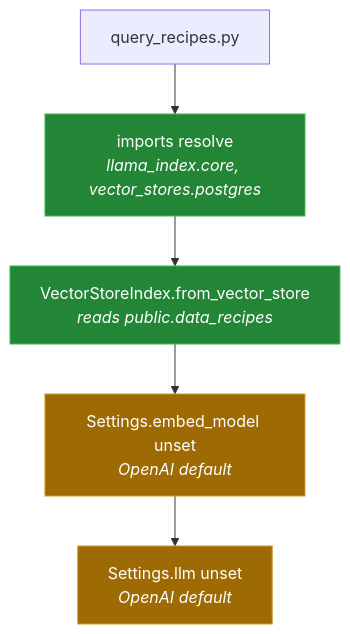
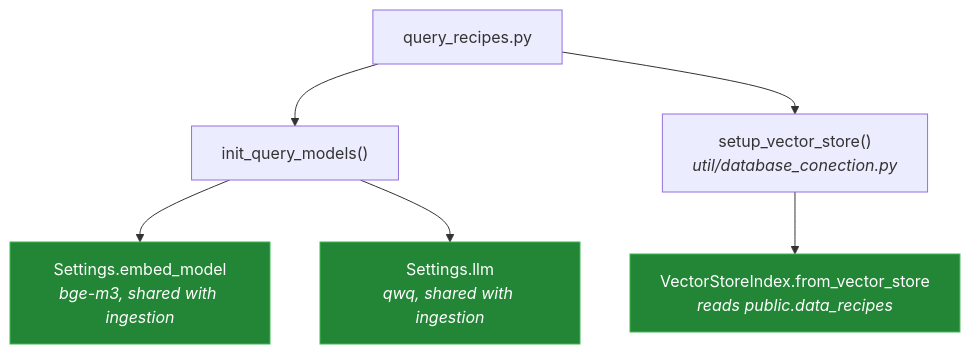
The second of 2 diagrams in docs/05-query.md (Bissbert/cookingRAG), drawn with Mermaid before and after one commit. The commit also changed other lines of this file and 10 other files, not shown here.

````diff
--- a/docs/05-query.md
+++ b/docs/05-query.md
@@ -68,12 +64,12 @@
 ```mermaid
 flowchart TD
-    A["query_recipes.py"] --> B["imports resolve<br/><i>llama_index.core, vector_stores.postgres</i>"]
-    B --> D["VectorStoreIndex.from_vector_store<br/><i>reads public.data_recipes</i>"]
-    D --> F["Settings.embed_model unset<br/><i>OpenAI default</i>"]
-    F --> E["Settings.llm unset<br/><i>OpenAI default</i>"]
+    A["query_recipes.py"] --> M["init_query_models()"]
+    M --> F["Settings.embed_model<br/><i>bge-m3, shared with ingestion</i>"]
+    M --> E["Settings.llm<br/><i>qwq, shared with ingestion</i>"]
+    A --> S["setup_vector_store()<br/><i>util/database_conection.py</i>"]
+    S --> D["VectorStoreIndex.from_vector_store<br/><i>reads public.data_recipes</i>"]
 
-    style B fill:#238636,stroke:#3fb950,color:#fff
+    style F fill:#238636,stroke:#3fb950,color:#fff
+    style E fill:#238636,stroke:#3fb950,color:#fff
     style D fill:#238636,stroke:#3fb950,color:#fff
-    style F fill:#9e6a03,stroke:#d29922,color:#fff
-    style E fill:#9e6a03,stroke:#d29922,color:#fff
 ```
````
